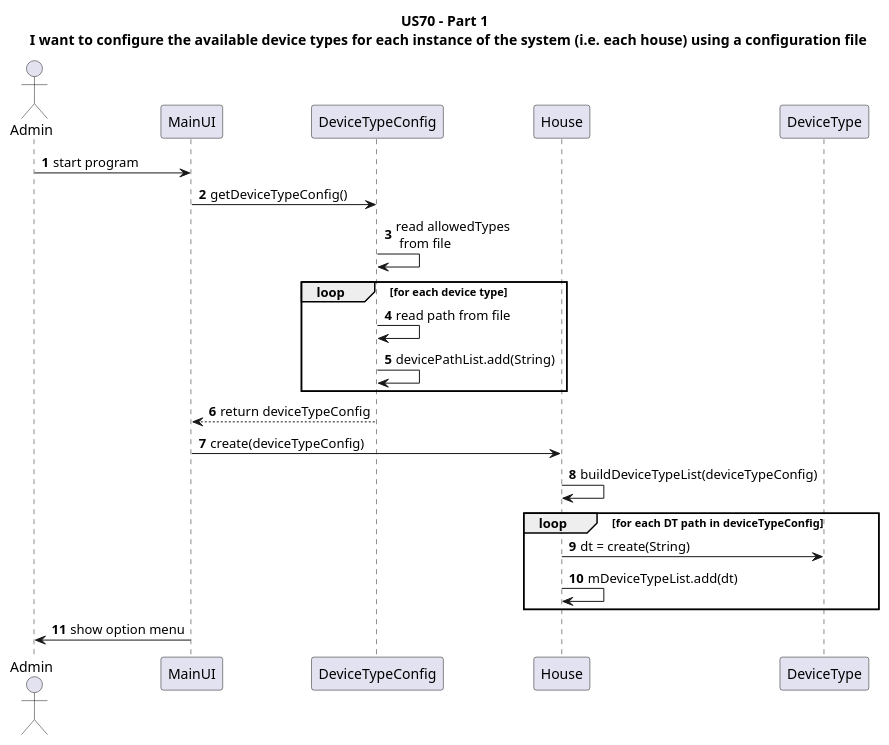
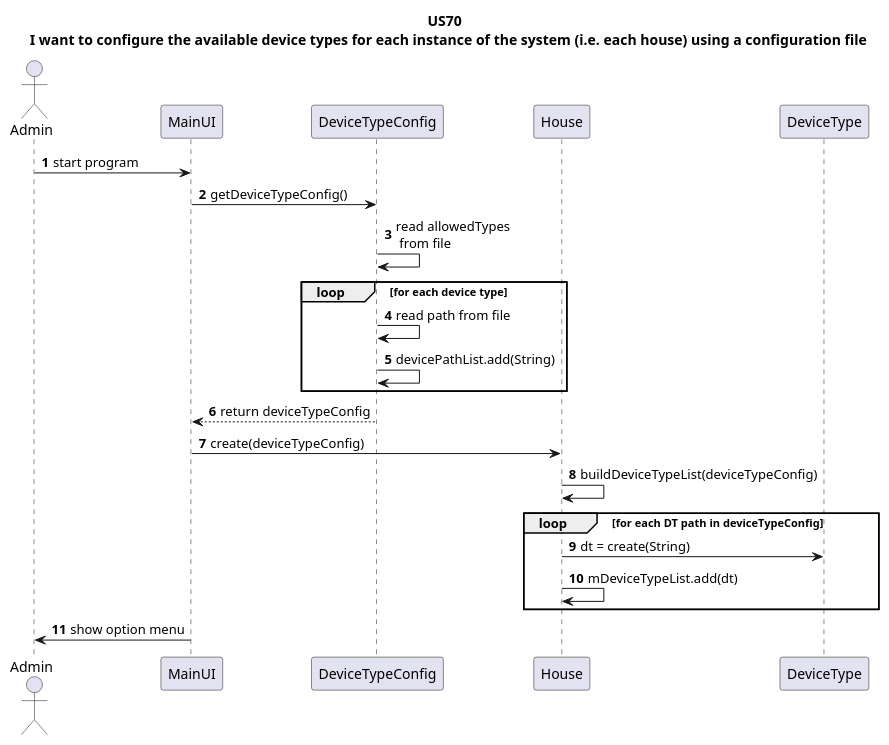
One commit to Almadanmp/project changed the diagram in uml/US70/US70-part1.puml. Above: the diagram before and after it, drawn with PlantUML. The commit also changed 3 other files, not shown here.

Commit message:
REF #96 adds UML Sequence Diagrams fixes TODOS on Device

```diff
--- a/uml/US70/US70-part1.puml
+++ b/uml/US70/US70-part1.puml
@@ -1,30 +1,30 @@
 @startuml
 
-title US70 - Part 1 \n I want to configure the available device types for each instance of the system (i.e. each house) using a configuration file
+title US70 \n I want to configure the available device types for each instance of the system (i.e. each house) using a configuration file
 
 autonumber
 
 
 actor Admin
 
 Admin -> MainUI: start program
 
 MainUI -> DeviceTypeConfig: getDeviceTypeConfig()
 DeviceTypeConfig -> DeviceTypeConfig: read allowedTypes \n from file
 loop for each device type
 DeviceTypeConfig -> DeviceTypeConfig: read path from file
 DeviceTypeConfig -> DeviceTypeConfig: devicePathList.add(String)
 end
 DeviceTypeConfig --> MainUI: return deviceTypeConfig
 
 MainUI -> House: create(deviceTypeConfig)
 
 House -> House: buildDeviceTypeList(deviceTypeConfig)
 loop for each DT path in deviceTypeConfig
 House -> DeviceType: dt = create(String)
 House -> House: mDeviceTypeList.add(dt)
 end
 
 MainUI -> Admin: show option menu
 
 @enduml
```
